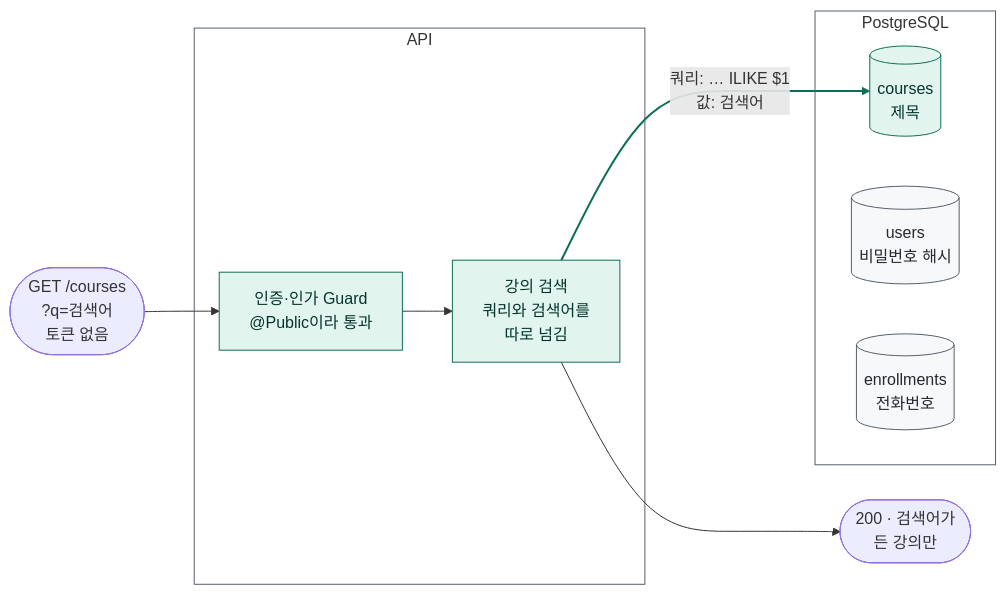
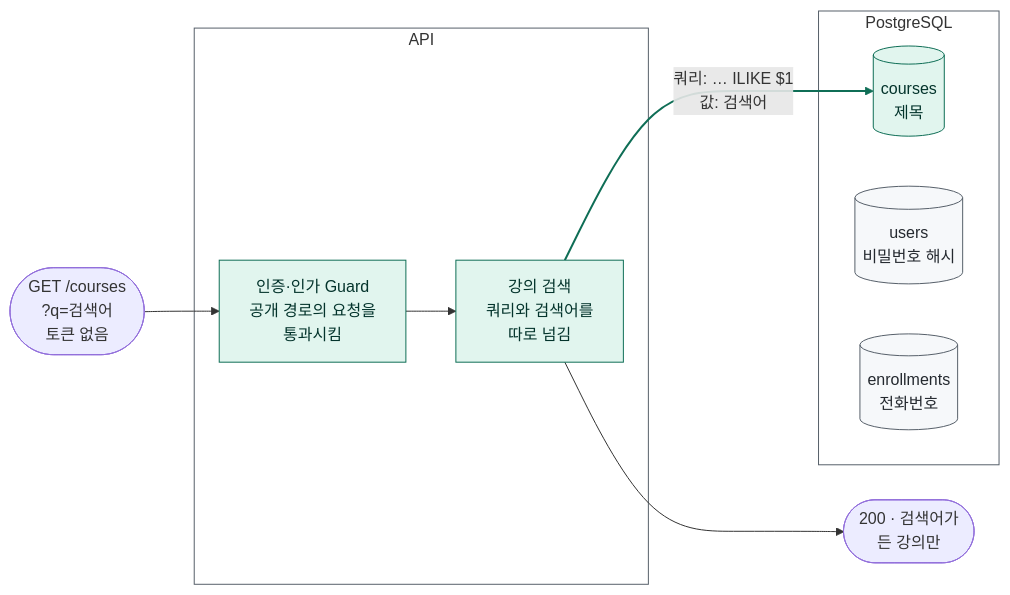
Before and after one commit to loquemedalagana/secure-enroll-demo: the fifth of 5 diagrams in docs/diagnosis/defect-6.md, drawn with Mermaid. The commit also changed other lines of this file, not shown here.

````diff
--- a/docs/diagnosis/defect-6.md
+++ b/docs/diagnosis/defect-6.md
@@ -467,27 +467,27 @@
 ```mermaid
 flowchart LR
   req(["GET /courses<br/>?q=검색어<br/>토큰 없음"])
 
   subgraph api["API"]
-    g["인증·인가 Guard<br/>@Public이라 통과"]
+    g["인증·인가 Guard<br/>공개 경로의 요청을<br/>통과시킴"]
     s["강의 검색<br/>쿼리와 검색어를<br/>따로 넘김"]
   end
 
   subgraph db["PostgreSQL"]
     c[("courses<br/>제목")]
     u[("users<br/>비밀번호 해시")]
     e[("enrollments<br/>전화번호")]
   end
 
   req --> g --> s
   s -- "쿼리: … ILIKE $1<br/>값: 검색어" --> c
   s --> res(["200 · 검색어가<br/>든 강의만"])
 
   classDef safe fill:#E1F5EE,stroke:#0F6E56,color:#04342C
   classDef neutral fill:#f6f8fa,stroke:#57606a,color:#24292f
   class g,s,c safe
   class u,e neutral
   style api fill:none,stroke:#57606a
   style db fill:none,stroke:#57606a
   linkStyle 2 stroke:#0F6E56,stroke-width:2px
 ```
````
